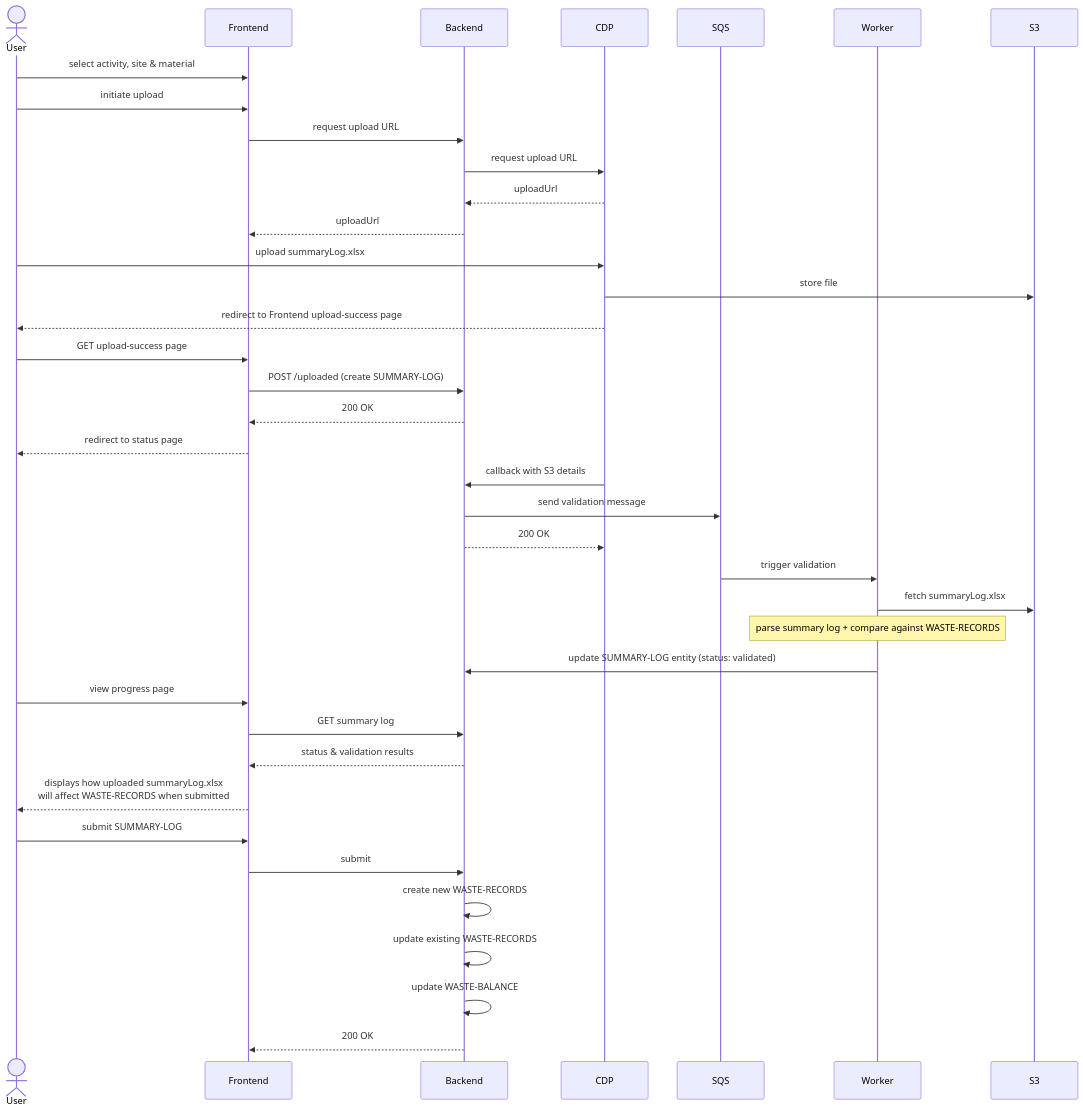
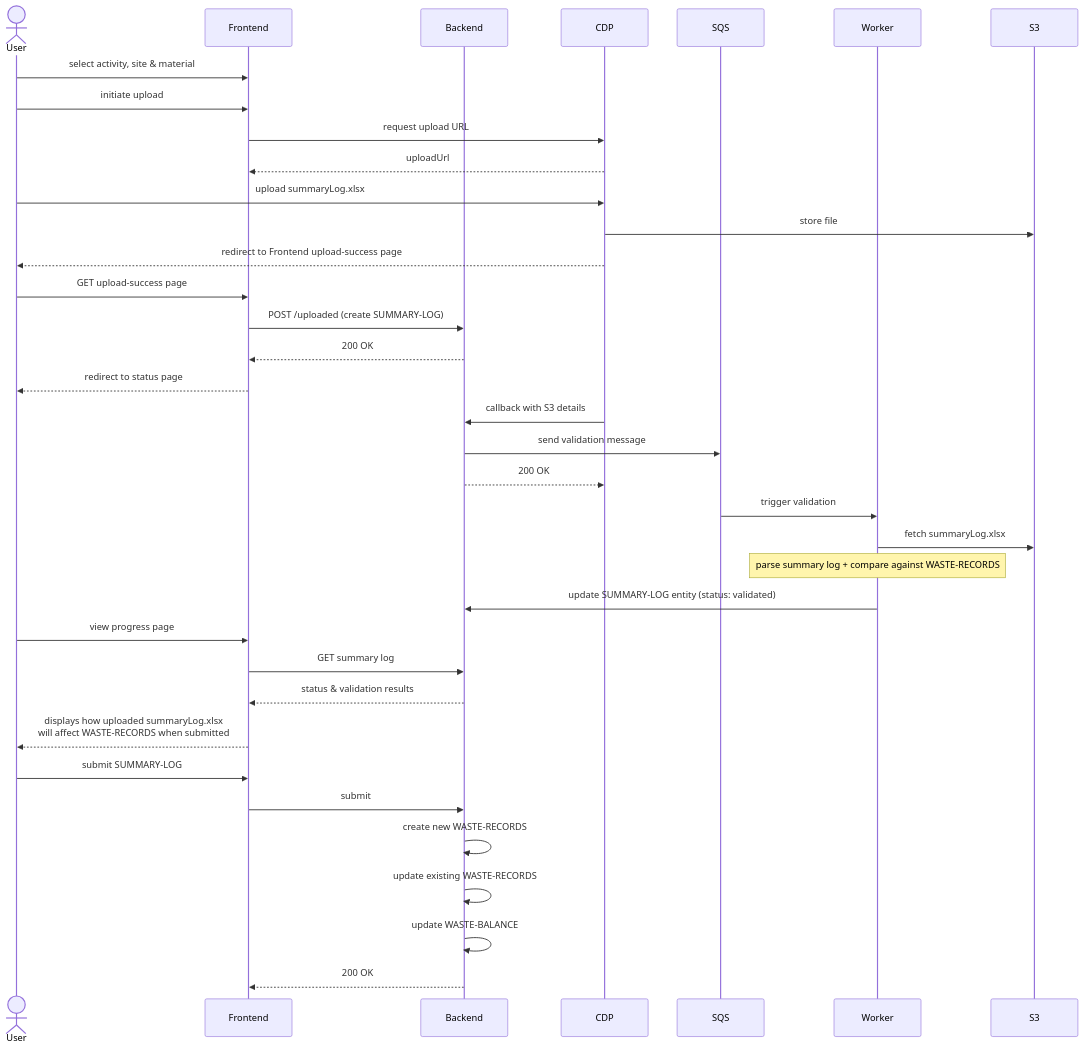
One commit to DEFRA/epr-backend changed the tenth of 10 diagrams in docs/architecture/discovery/pepr-hld.md. Above: the diagram before and after it, drawn with Mermaid. The commit also changed 1 other file, not shown here.

Commit message:
Remove backend initiate endpoint, frontend calls CDP directly

````diff
--- a/docs/architecture/discovery/pepr-hld.md
+++ b/docs/architecture/discovery/pepr-hld.md
@@ -453,41 +453,39 @@
 ```mermaid
 sequenceDiagram
     actor User
     participant Frontend
     participant Backend
     participant CDP
     participant SQS
     participant Worker
     participant S3
 
     User->>Frontend: select activity, site & material
     User->>Frontend: initiate upload
-    Frontend->>Backend: request upload URL
-    Backend->>CDP: request upload URL
-    CDP-->>Backend: uploadUrl
-    Backend-->>Frontend: uploadUrl
+    Frontend->>CDP: request upload URL
+    CDP-->>Frontend: uploadUrl
     User->>CDP: upload summaryLog.xlsx
     CDP->>S3: store file
     CDP-->>User: redirect to Frontend upload-success page
     User->>Frontend: GET upload-success page
     Frontend->>Backend: POST /uploaded (create SUMMARY-LOG)
     Backend-->>Frontend: 200 OK
     Frontend-->>User: redirect to status page
     CDP->>Backend: callback with S3 details
     Backend->>SQS: send validation message
     Backend-->>CDP: 200 OK
     SQS->>Worker: trigger validation
     Worker->>S3: fetch summaryLog.xlsx
     Note over Worker: parse summary log + compare against WASTE-RECORDS
     Worker->>Backend: update SUMMARY-LOG entity (status: validated)
     User->>Frontend: view progress page
     Frontend->>Backend: GET summary log
     Backend-->>Frontend: status & validation results
     Frontend-->>User: displays how uploaded summaryLog.xlsx<br> will affect WASTE-RECORDS when submitted
     User->>Frontend: submit SUMMARY-LOG
     Frontend->>Backend: submit
     Backend->>Backend: create new WASTE-RECORDS
     Backend->>Backend: update existing WASTE-RECORDS
     Backend->>Backend: update WASTE-BALANCE
     Backend-->>Frontend: 200 OK
 ```
````
